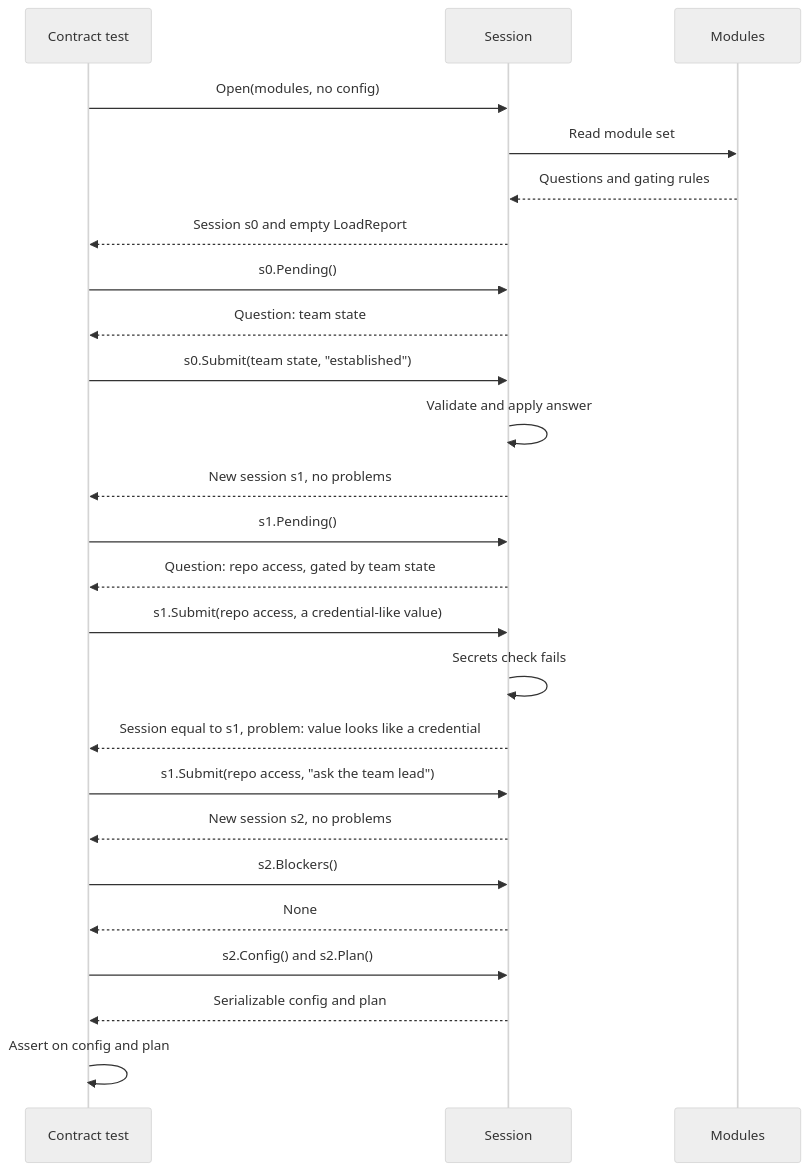
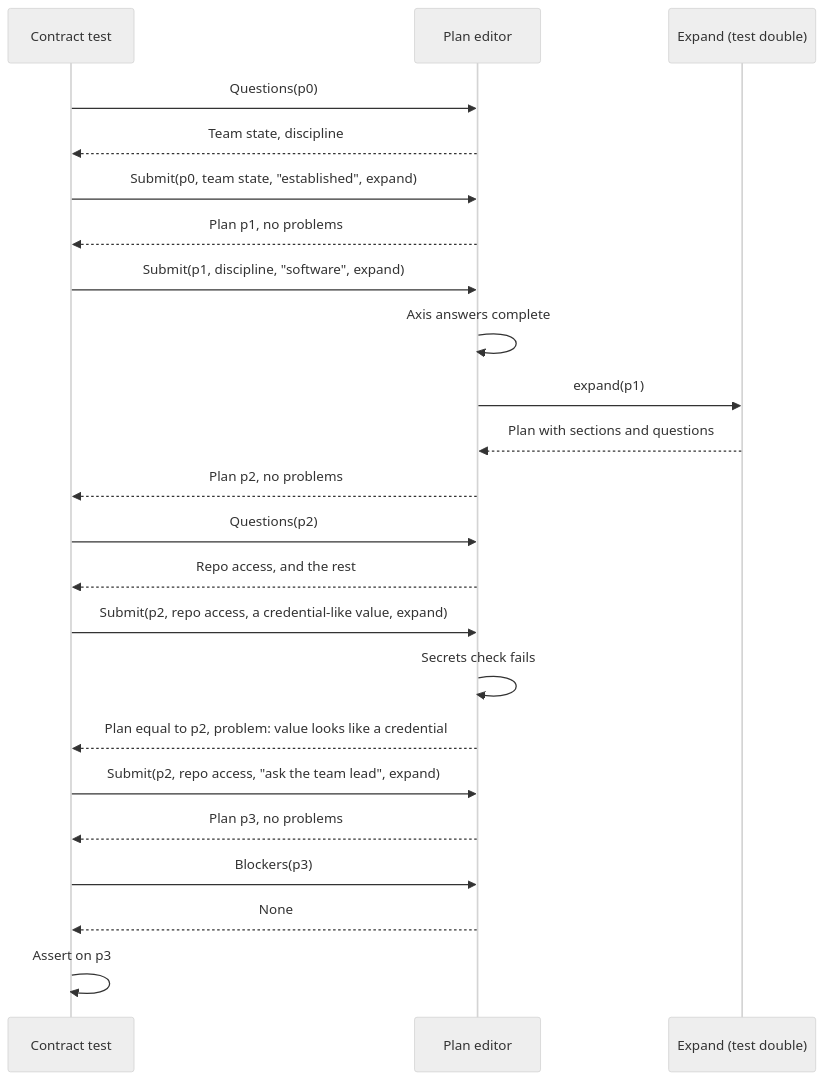
One commit to 8thlight-daveloper/onboard-kit changed the first of 4 diagrams in docs/decisions/0010-plan-editor.md. Above: the diagram before and after it, drawn with Mermaid (neutral theme). The commit also changed other lines of this file, not shown here.

Commit message:
Rewrite the session ADR as a plan editor ADR with plain-function design

````diff
--- a/docs/decisions/0010-plan-editor.md
+++ b/docs/decisions/0010-plan-editor.md
@@ -152,32 +159,30 @@
 ```mermaid
 sequenceDiagram
     participant S as Contract test
-    participant E as Session
-    participant M as Modules
+    participant E as Plan editor
+    participant X as Expand (test double)
 
-    S->>E: Open(modules, no config)
-    E->>M: Read module set
-    M-->>E: Questions and gating rules
-    E-->>S: Session s0 and empty LoadReport
+    S->>E: Questions(p0)
+    E-->>S: Team state, discipline
+    S->>E: Submit(p0, team state, "established", expand)
+    E-->>S: Plan p1, no problems
 
-    S->>E: s0.Pending()
-    E-->>S: Question: team state
-    S->>E: s0.Submit(team state, "established")
-    E->>E: Validate and apply answer
-    E-->>S: New session s1, no problems
+    S->>E: Submit(p1, discipline, "software", expand)
+    E->>E: Axis answers complete
+    E->>X: expand(p1)
+    X-->>E: Plan with sections and questions
+    E-->>S: Plan p2, no problems
 
-    S->>E: s1.Pending()
-    E-->>S: Question: repo access, gated by team state
-    S->>E: s1.Submit(repo access, a credential-like value)
+    S->>E: Questions(p2)
+    E-->>S: Repo access, and the rest
+    S->>E: Submit(p2, repo access, a credential-like value, expand)
     E->>E: Secrets check fails
-    E-->>S: Session equal to s1, problem: value looks like a credential
+    E-->>S: Plan equal to p2, problem: value looks like a credential
 
-    S->>E: s1.Submit(repo access, "ask the team lead")
-    E-->>S: New session s2, no problems
+    S->>E: Submit(p2, repo access, "ask the team lead", expand)
+    E-->>S: Plan p3, no problems
 
-    S->>E: s2.Blockers()
+    S->>E: Blockers(p3)
     E-->>S: None
-    S->>E: s2.Config() and s2.Plan()
-    E-->>S: Serializable config and plan
-    S->>S: Assert on config and plan
+    S->>S: Assert on p3
 ```
````
